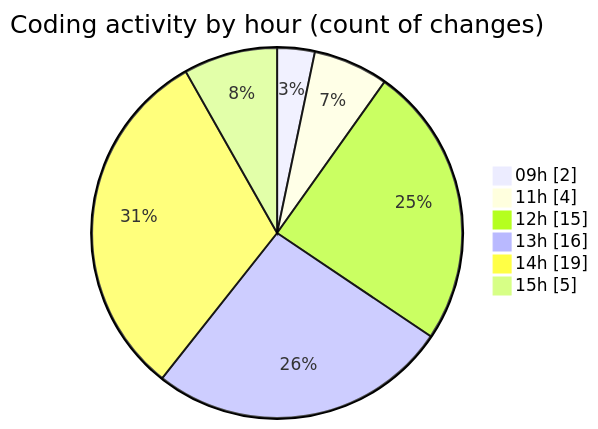
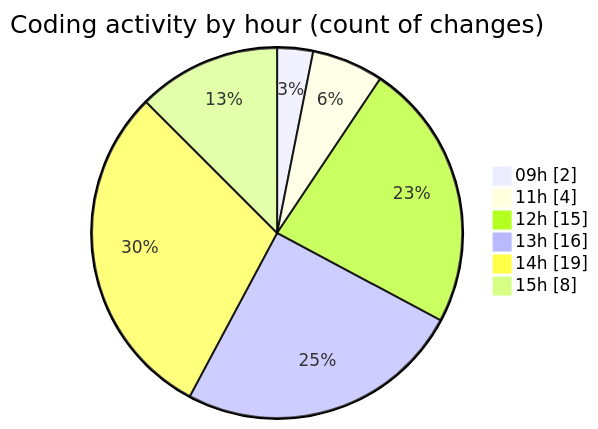
Before and after one commit to Elitesun/code-tracking: the second of 2 diagrams in 2025-04-30/niten/README.md, drawn with Mermaid. The commit also changed other lines of this file and 1 other file, not shown here.

````diff
--- a/2025-04-30/niten/README.md
+++ b/2025-04-30/niten/README.md
@@ -51,10 +51,10 @@
 ```mermaid
 pie showData
 title Coding activity by hour (count of changes)
 "09h" : 2
 "11h" : 4
 "12h" : 15
 "13h" : 16
 "14h" : 19
-"15h" : 5
+"15h" : 8
 ```
````
